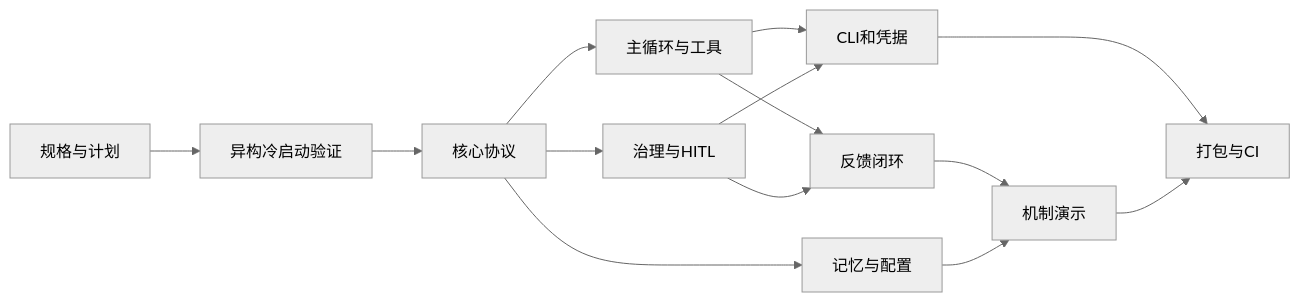
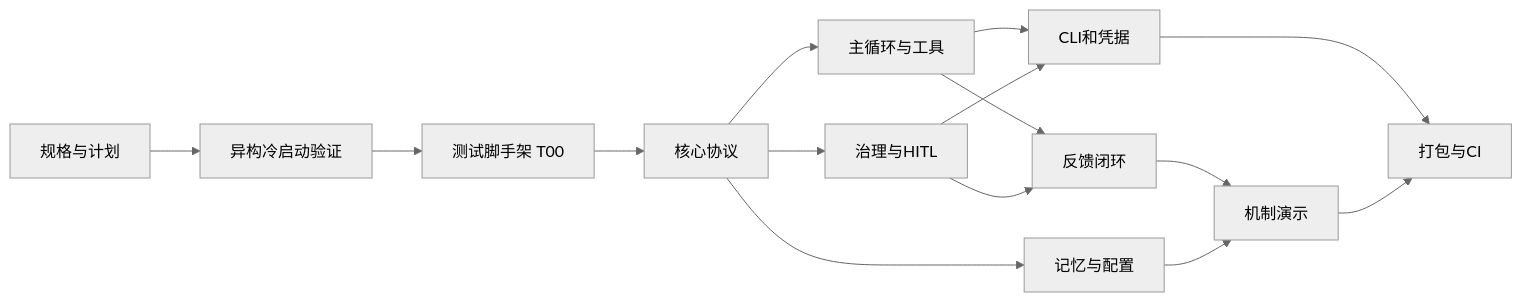
Before and after one commit to K11467/sentinel-coding-harness: the diagram in PLAN.md, drawn with Mermaid (neutral theme). The commit also changed other lines of this file and 3 other files, not shown here.

````diff
--- a/PLAN.md
+++ b/PLAN.md
@@ -7,16 +7,17 @@
 ```mermaid
 flowchart LR
   D[规格与计划] --> V[异构冷启动验证]
-  V --> A[核心协议]
+  V --> S[测试脚手架 T00]
+  S --> A[核心协议]
   A --> B[主循环与工具]
   A --> C[治理与HITL]
   B --> D1[反馈闭环]
   C --> D1
   A --> E[记忆与配置]
   B --> F[CLI和凭据]
   C --> F
   D1 --> G[机制演示]
   E --> G
   F --> H[打包与CI]
   G --> H
 ```
````
